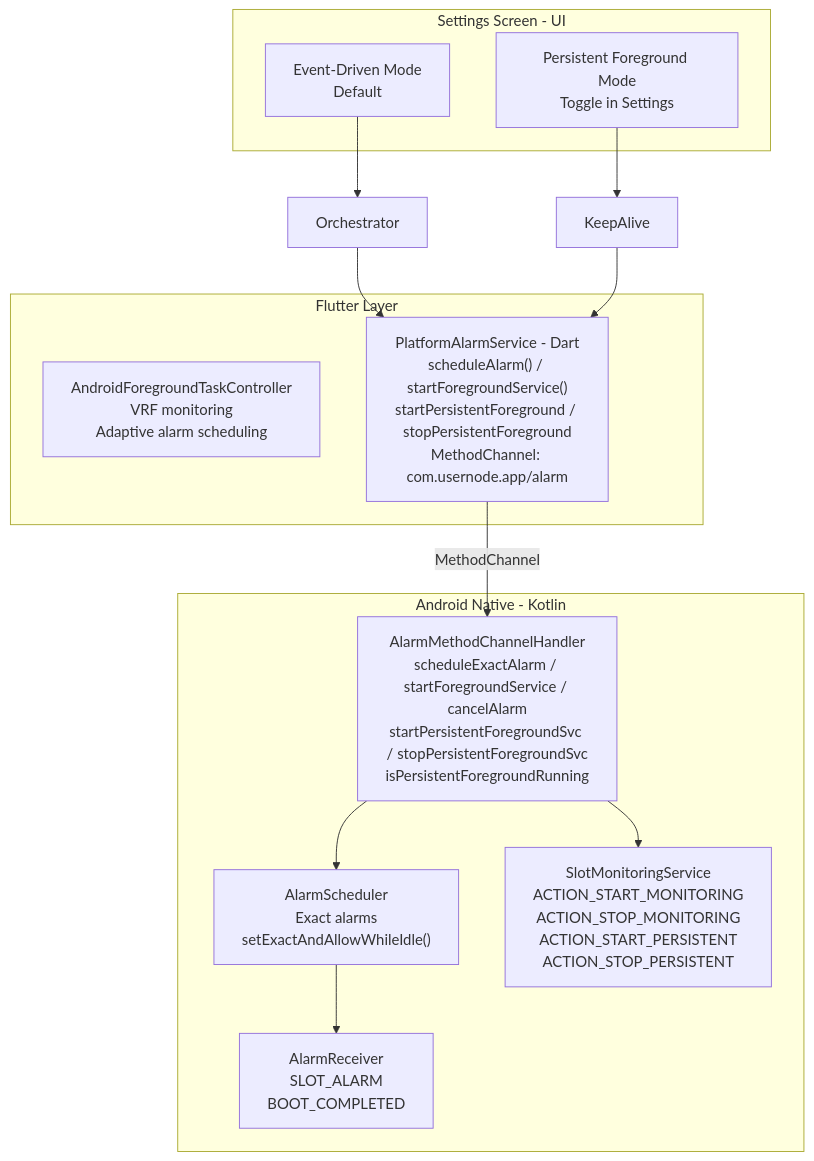
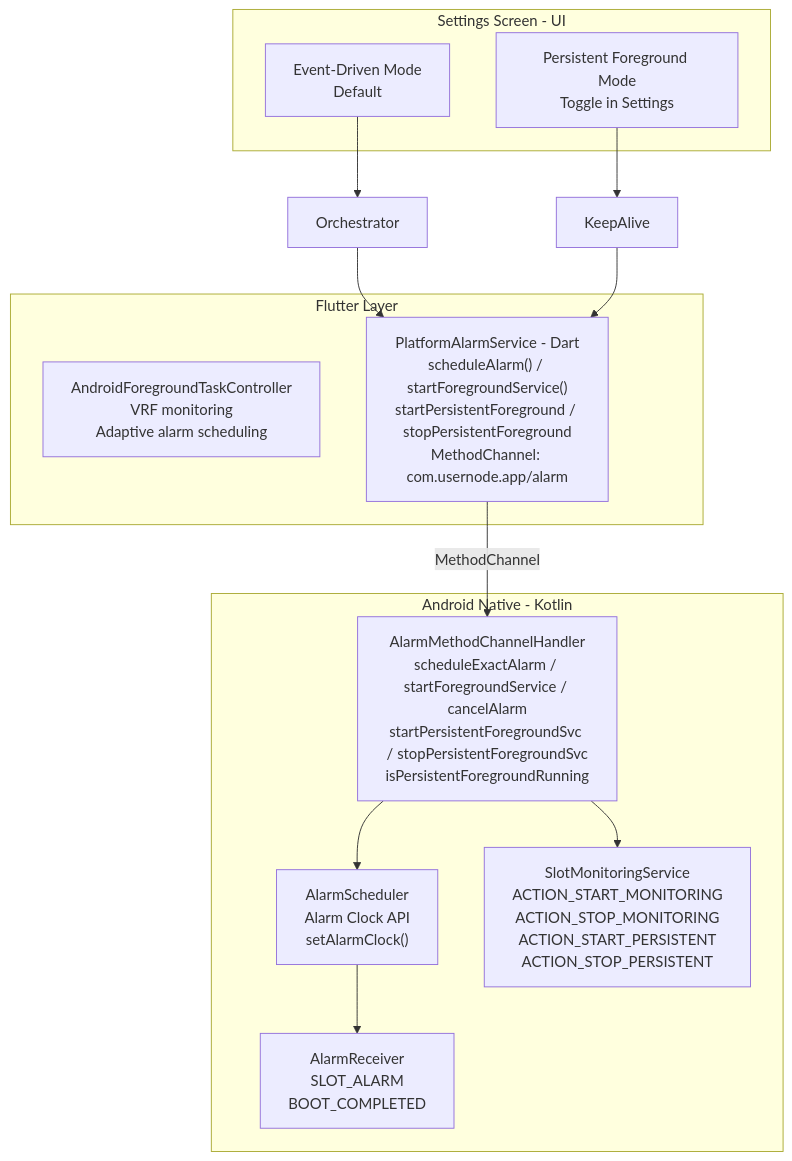
One commit to Usernode-Labs/flutter-mobile-app changed the first of 6 diagrams in docs/ANDROID_BACKGROUND_BLOCK_PRODUCTION_WORKFLOW.md. Above: the diagram before and after it, drawn with Mermaid. The commit also changed other lines of this file and 7 other files, not shown here.

First line of the commit message:
Switch from USE_EXACT_ALARM to SET_ALARM_CLOCK API for Google Play compliance

````diff
--- a/docs/ANDROID_BACKGROUND_BLOCK_PRODUCTION_WORKFLOW.md
+++ b/docs/ANDROID_BACKGROUND_BLOCK_PRODUCTION_WORKFLOW.md
@@ -27,28 +27,28 @@
 ```mermaid
 flowchart TB
     subgraph UI["Settings Screen - UI"]
         EventMode["Event-Driven Mode<br/>Default"]
         PersistMode["Persistent Foreground Mode<br/>Toggle in Settings"]
     end
 
     subgraph Flutter["Flutter Layer"]
         ForegroundTask["AndroidForegroundTaskController<br/>VRF monitoring<br/>Adaptive alarm scheduling"]
         PlatformAlarm["PlatformAlarmService - Dart<br/>scheduleAlarm() / startForegroundService()<br/>startPersistentForeground / stopPersistentForeground<br/>MethodChannel: com.usernode.app/alarm"]
     end
 
     subgraph Android["Android Native - Kotlin"]
         ChannelHandler["AlarmMethodChannelHandler<br/>scheduleExactAlarm / startForegroundService / cancelAlarm<br/>startPersistentForegroundSvc / stopPersistentForegroundSvc<br/>isPersistentForegroundRunning"]
-        AlarmScheduler["AlarmScheduler<br/>Exact alarms<br/>setExactAndAllowWhileIdle()"]
+        AlarmScheduler["AlarmScheduler<br/>Alarm Clock API<br/>setAlarmClock()"]
         SlotService["SlotMonitoringService<br/>ACTION_START_MONITORING<br/>ACTION_STOP_MONITORING<br/>ACTION_START_PERSISTENT<br/>ACTION_STOP_PERSISTENT"]
         AlarmReceiver["AlarmReceiver<br/>SLOT_ALARM<br/>BOOT_COMPLETED"]
     end
 
     EventMode --> Orchestrator
     PersistMode --> KeepAlive
     Orchestrator --> PlatformAlarm
     KeepAlive --> PlatformAlarm
     PlatformAlarm -->|"MethodChannel"| ChannelHandler
     ChannelHandler --> AlarmScheduler
     ChannelHandler --> SlotService
     AlarmScheduler --> AlarmReceiver
 ```
````
